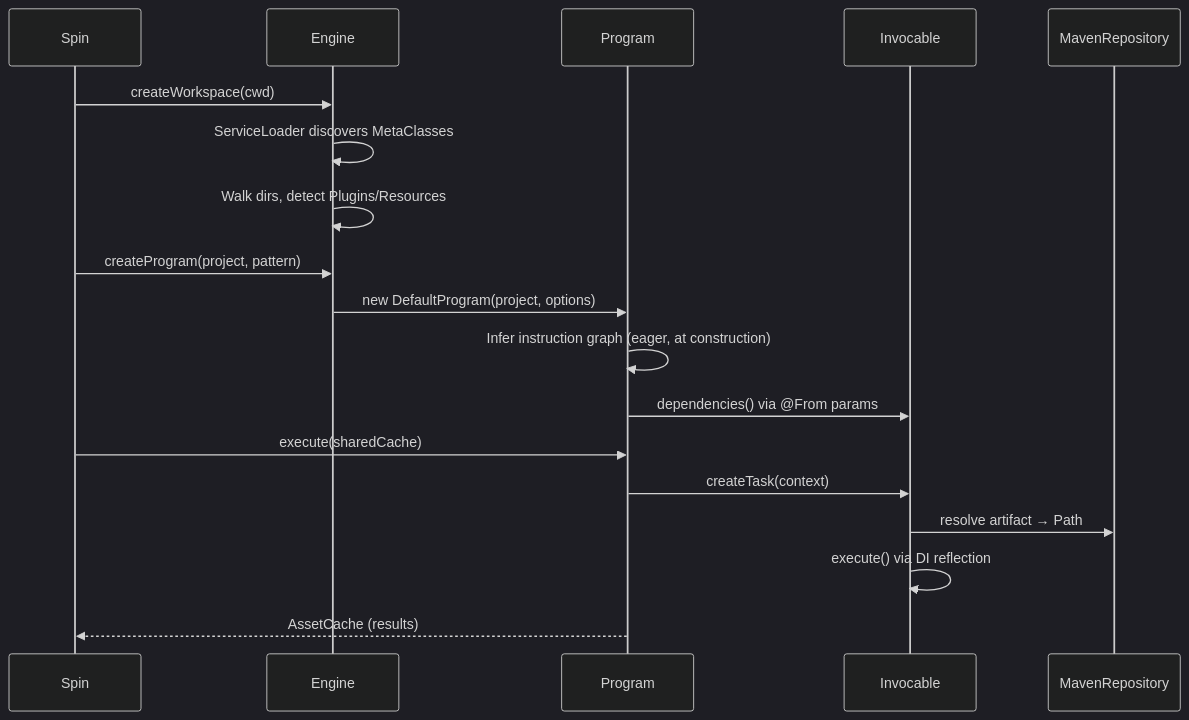
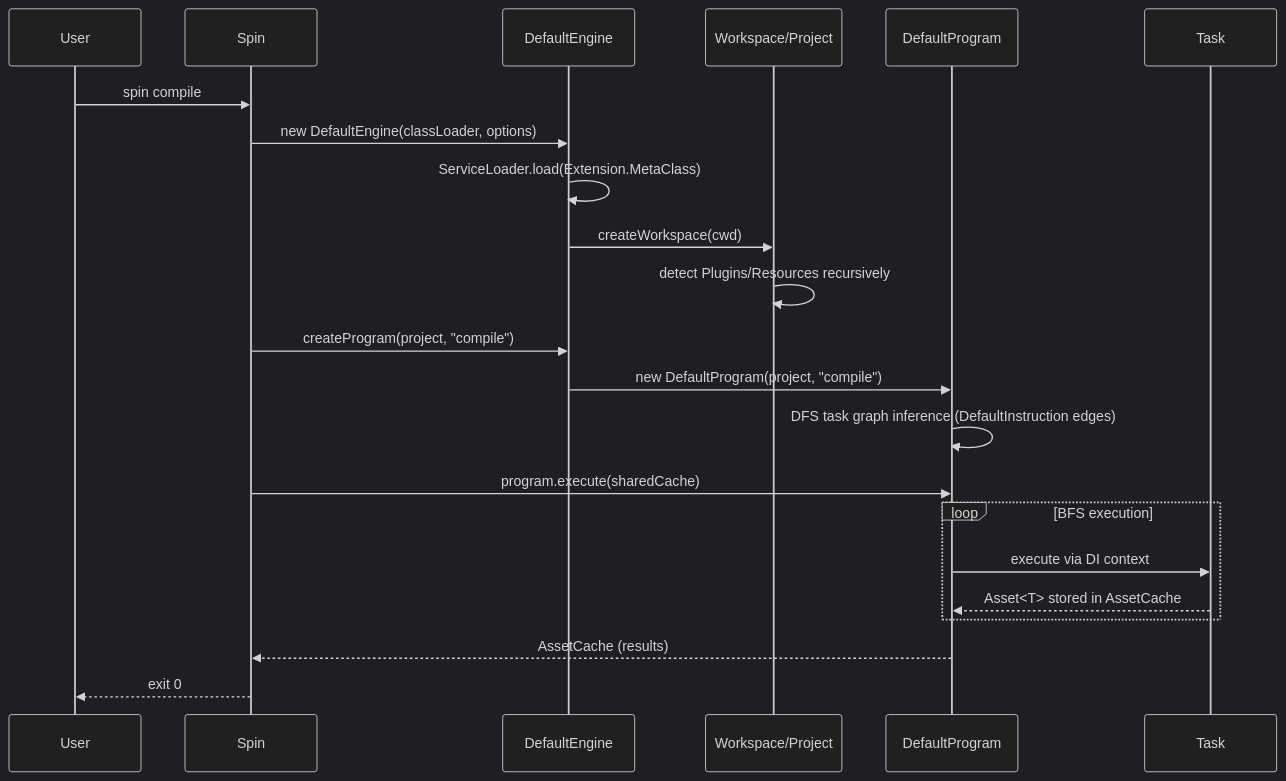
One commit to Workday/spin.build changed the second of 3 diagrams in docs/CODEBASE_MAP.md. Above: the diagram before and after it, drawn with Mermaid (dark theme). The commit also changed other lines of this file and 1 other file, not shown here.

````diff
--- a/docs/CODEBASE_MAP.md
+++ b/docs/CODEBASE_MAP.md
@@ -417,21 +585,25 @@
 ```mermaid
 sequenceDiagram
+    participant User
     participant Spin
-    participant Engine
-    participant Program
-    participant Invocable
-    participant MavenRepository
+    participant Engine as DefaultEngine
+    participant WS as Workspace/Project
+    participant Prog as DefaultProgram
+    participant Task
 
-    Spin->>Engine: createWorkspace(cwd)
-    Engine->>Engine: ServiceLoader discovers MetaClasses
-    Engine->>Engine: Walk dirs, detect Plugins/Resources
-    Spin->>Engine: createProgram(project, pattern)
-    Engine->>Program: new DefaultProgram(project, options)
-    Program->>Program: Infer instruction graph (eager, at construction)
-    Program->>Invocable: dependencies() via @From params
-    Spin->>Program: execute(sharedCache)
-    Program->>Invocable: createTask(context)
-    Invocable->>MavenRepository: resolve artifact → Path
-    Invocable->>Invocable: execute() via DI reflection
-    Program-->>Spin: AssetCache (results)
+    User->>Spin: spin compile
+    Spin->>Engine: new DefaultEngine(classLoader, options)
+    Engine->>Engine: ServiceLoader.load(Extension.MetaClass)
+    Engine->>WS: createWorkspace(cwd)
+    WS->>WS: detect Plugins/Resources recursively
+    Spin->>Engine: createProgram(project, "compile")
+    Engine->>Prog: new DefaultProgram(project, "compile")
+    Prog->>Prog: DFS task graph inference (DefaultInstruction edges)
+    Spin->>Prog: program.execute(sharedCache)
+    loop BFS execution
+        Prog->>Task: execute via DI context
+        Task-->>Prog: Asset<T> stored in AssetCache
+    end
+    Prog-->>Spin: AssetCache (results)
+    Spin-->>User: exit 0
 ```
````
